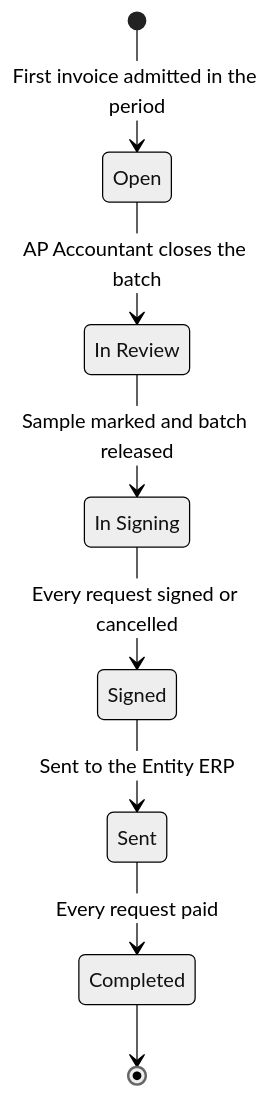
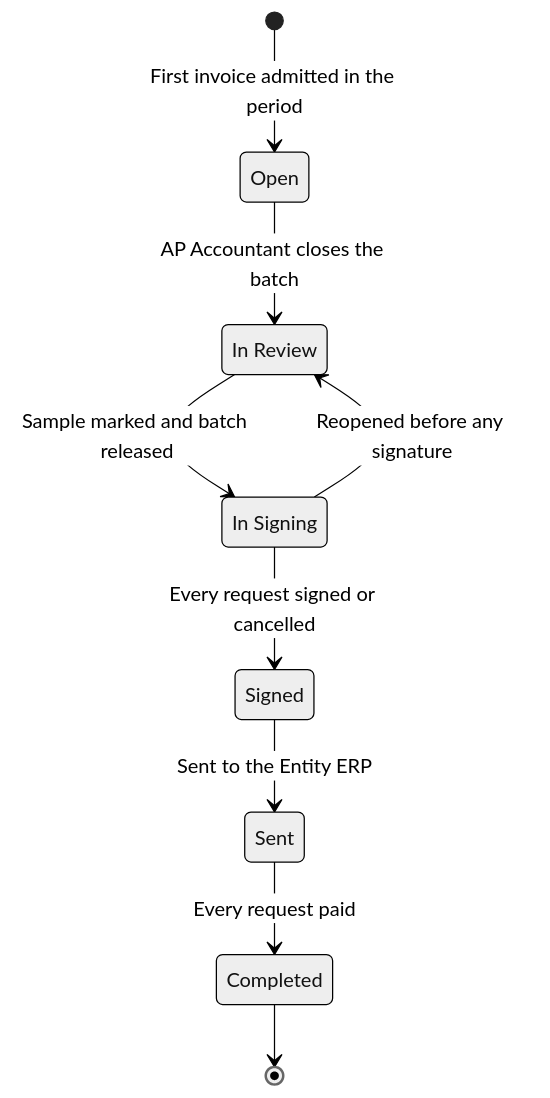
Before and after one commit to minhtuann1102/MatchPay: the third of 4 diagrams in docs/requirements/business-rules.md, drawn with Mermaid (neutral theme). The commit also changed other lines of this file and 20 other files, not shown here.

First line of the commit message:
docs: sync Steps 1 and 2 to the feature mind map (draft for review)

````diff
--- a/docs/requirements/business-rules.md
+++ b/docs/requirements/business-rules.md
@@ -466,17 +481,18 @@
 ```mermaid
 stateDiagram-v2
     state "Open" as Open
     state "In Review" as InReview
     state "In Signing" as InSigning
     state "Signed" as BatchSigned
     state "Sent" as BatchSent
     state "Completed" as Completed
 
     [*] --> Open: First invoice admitted in the period
     Open --> InReview: AP Accountant closes the batch
     InReview --> InSigning: Sample marked and batch released
     InSigning --> BatchSigned: Every request signed or cancelled
+    InSigning --> InReview: Reopened before any signature
     BatchSigned --> BatchSent: Sent to the Entity ERP
     BatchSent --> Completed: Every request paid
     Completed --> [*]
 ```
````
